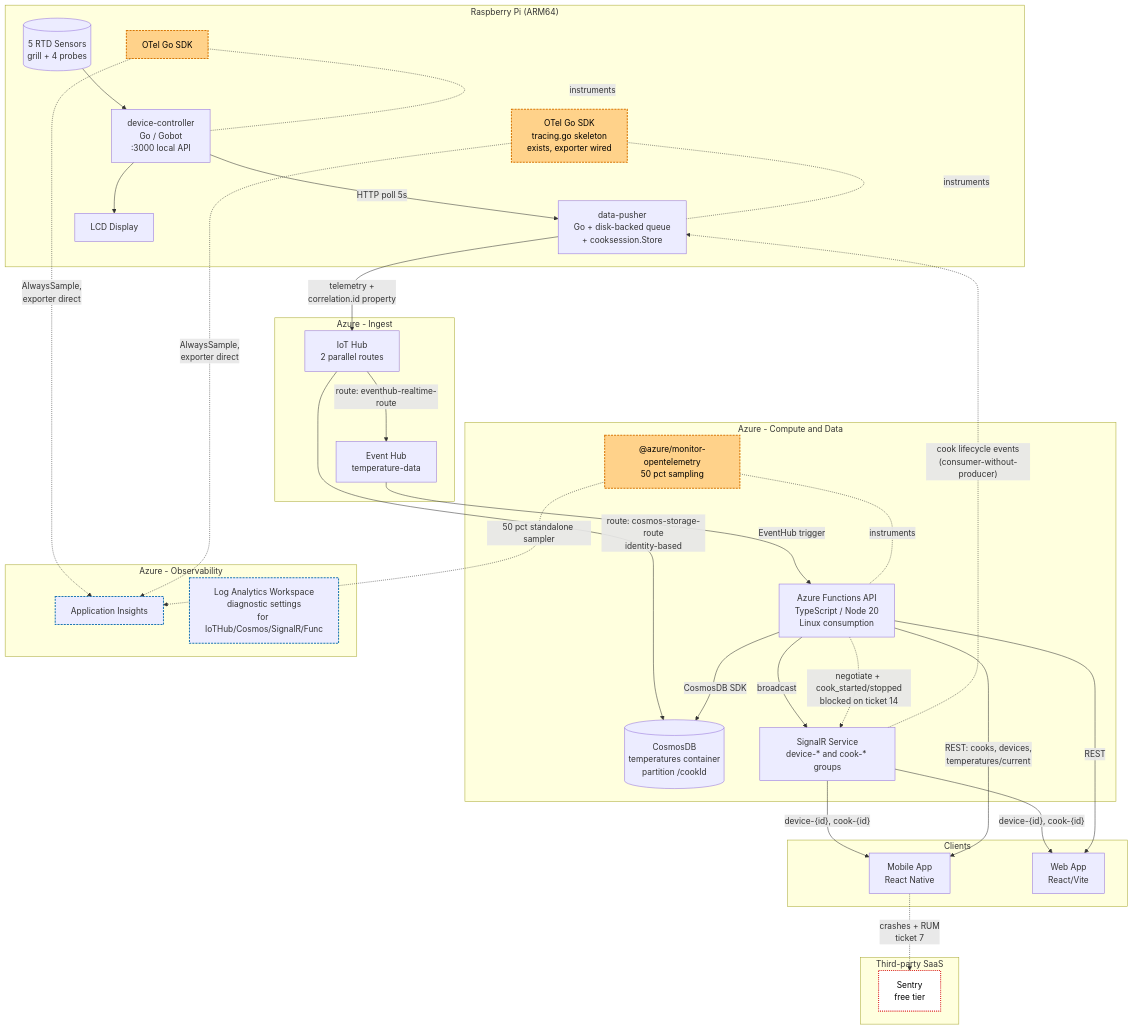
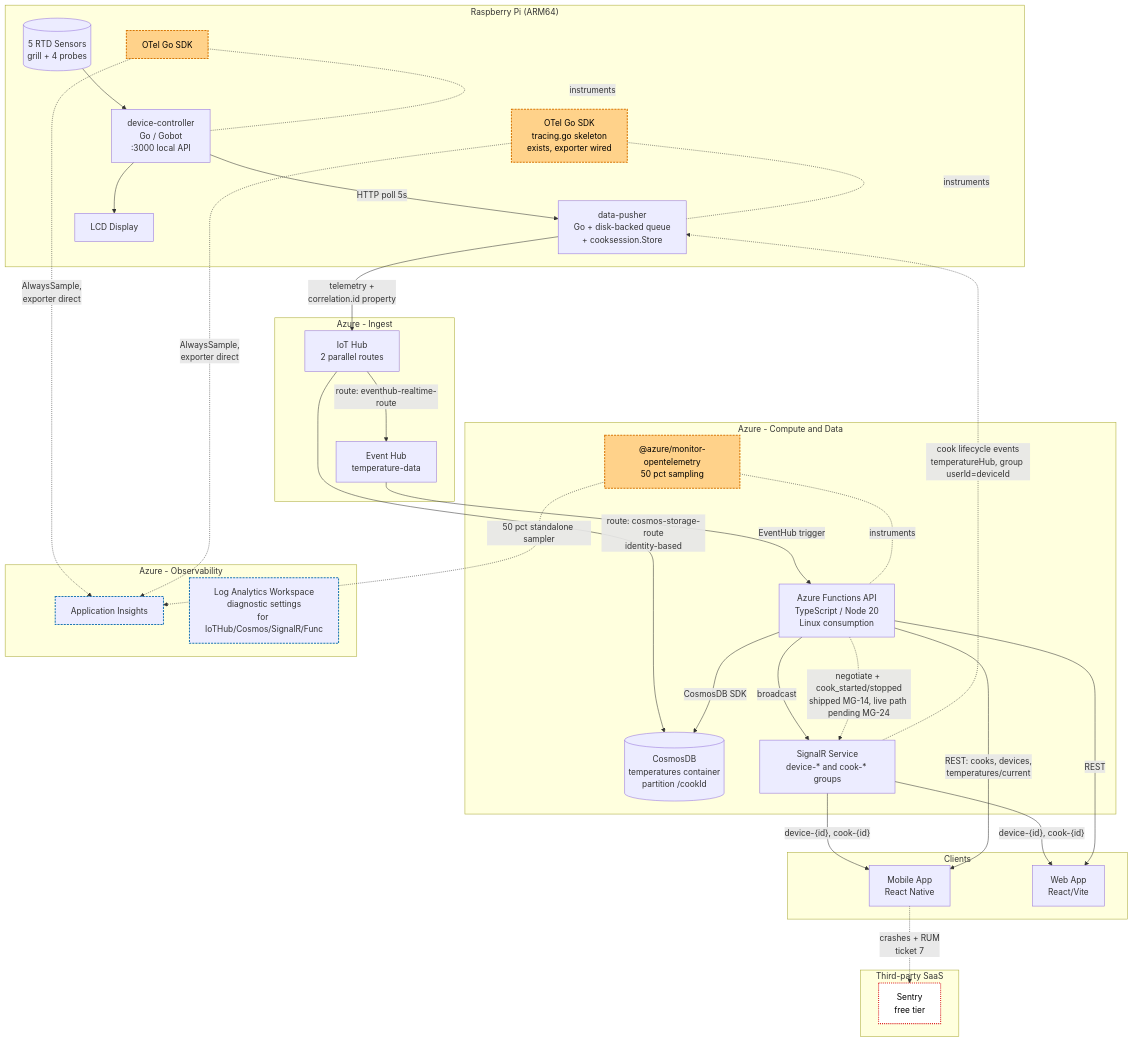
The first of 4 diagrams in docs/architecture/diagrams.md (stevebargelt/meatgeekv2), drawn with Mermaid before and after one commit. The commit also changed other lines of this file, not shown here.

First line of the commit message:
docs(architecture): reconcile SignalR producer status — shipped in MG-14, live path pending MG-24 (MG-14 docs-impact)

````diff
--- a/docs/architecture/diagrams.md
+++ b/docs/architecture/diagrams.md
@@ -33,70 +34,70 @@
 ```mermaid
 flowchart TB
     classDef current stroke:#1f77b4,stroke-width:2px,stroke-dasharray: 4 2
     classDef proposed fill:#ffd28a,stroke:#d97706,stroke-width:2px,stroke-dasharray: 4 2,color:#000
     classDef blocked fill:#fff,stroke:#dc2626,stroke-width:2px,stroke-dasharray: 2 2,color:#000
     classDef external fill:#eee,stroke:#666
 
     subgraph Pi["Raspberry Pi (ARM64)"]
         Sensors[(5 RTD Sensors<br/>grill + 4 probes)]
         DC[device-controller<br/>Go / Gobot<br/>:3000 local API]
         DP[data-pusher<br/>Go + disk-backed queue<br/>+ cooksession.Store]
         LCD[LCD Display]
         OTEL_DC[OTel Go SDK]:::proposed
         OTEL_DP[OTel Go SDK<br/>tracing.go skeleton<br/>exists, exporter wired]:::proposed
     end
 
     subgraph AzureIngest["Azure - Ingest"]
         IoTHub[IoT Hub<br/>2 parallel routes]
         EventHub[Event Hub<br/>temperature-data]
     end
 
     subgraph AzureProcess["Azure - Compute and Data"]
         Funcs[Azure Functions API<br/>TypeScript / Node 20<br/>Linux consumption]
         OTEL_FN["@azure/monitor-opentelemetry<br/>50 pct sampling"]:::proposed
         Cosmos[(CosmosDB<br/>temperatures container<br/>partition /cookId)]
         SignalR[SignalR Service<br/>device-* and cook-* groups]
     end
 
     subgraph Observability["Azure - Observability"]
         AppI[Application Insights]:::current
         LAW[Log Analytics Workspace<br/>diagnostic settings<br/>for IoTHub/Cosmos/SignalR/Func]:::current
     end
 
     subgraph SaaS["Third-party SaaS"]
         Sentry[Sentry<br/>free tier]:::blocked
     end
 
     subgraph Clients["Clients"]
         Mobile[Mobile App<br/>React Native]
         Web[Web App<br/>React/Vite]
     end
 
     Sensors --> DC
     DC --> LCD
     DC -- "HTTP poll 5s" --> DP
     DP -- "telemetry +<br/>correlation.id property" --> IoTHub
 
     IoTHub -- "route: cosmos-storage-route<br/>identity-based" --> Cosmos
     IoTHub -- "route: eventhub-realtime-route" --> EventHub
     EventHub -- "EventHub trigger" --> Funcs
     Funcs -- "broadcast" --> SignalR
     SignalR -- "device-{id}, cook-{id}" --> Mobile
     SignalR -- "device-{id}, cook-{id}" --> Web
 
     Funcs -- "REST: cooks, devices,<br/>temperatures/current" --> Mobile
     Funcs -- "REST" --> Web
     Funcs -- "CosmosDB SDK" --> Cosmos
 
-    Funcs -. "negotiate + cook_started/stopped<br/>blocked on ticket 14" .-> SignalR
-    SignalR -. "cook lifecycle events<br/>(consumer-without-producer)" .-> DP
+    Funcs -. "negotiate + cook_started/stopped<br/>shipped MG-14, live path pending MG-24" .-> SignalR
+    SignalR -. "cook lifecycle events<br/>temperatureHub, group userId=deviceId" .-> DP
 
     OTEL_DC -. instruments .- DC
     OTEL_DP -. instruments .- DP
     OTEL_FN -. instruments .- Funcs
 
     OTEL_DC -. "AlwaysSample,<br/>exporter direct" .-> AppI
     OTEL_DP -. "AlwaysSample,<br/>exporter direct" .-> AppI
     OTEL_FN -. "50 pct standalone sampler" .-> AppI
     Mobile -. "crashes + RUM<br/>ticket 7" .-> Sentry
 ```
````
